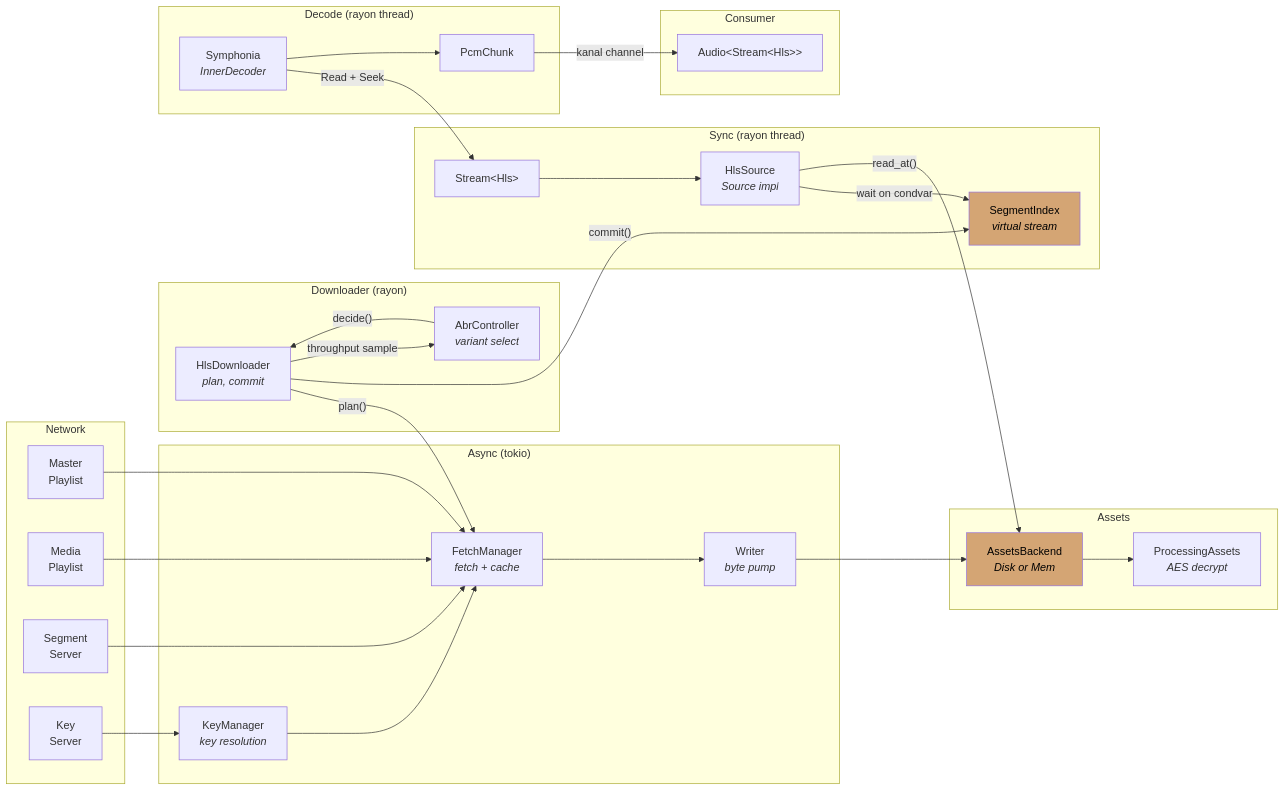
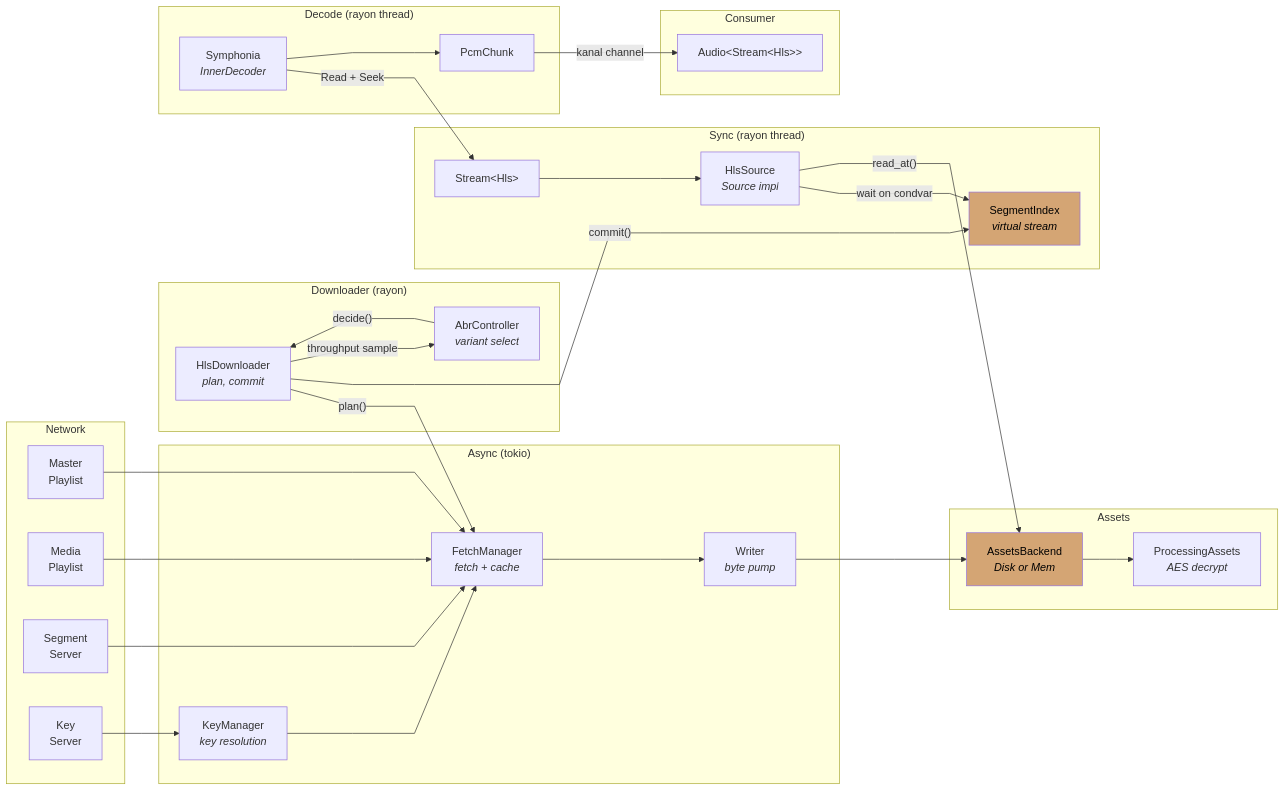
Before and after one commit to zvuk/kithara: the diagram in crates/kithara-hls/README.md, drawn with Mermaid. The commit also changed 3 other files, not shown here.

Commit message:
style: use straight lines in Mermaid flowchart diagrams

````diff
--- a/crates/kithara-hls/README.md
+++ b/crates/kithara-hls/README.md
@@ -21,62 +21,63 @@
 ```mermaid
+%%{init: {"flowchart": {"curve": "linear"}} }%%
 graph LR
     subgraph Network
         MasterPL["Master<br/>Playlist"]
         MediaPL["Media<br/>Playlist"]
         SegSrv["Segment<br/>Server"]
         KeySrv["Key<br/>Server"]
     end
 
     subgraph "Async (tokio)"
         FM["FetchManager<br/><i>fetch + cache</i>"]
         KM["KeyManager<br/><i>key resolution</i>"]
         W["Writer<br/><i>byte pump</i>"]
     end
 
     subgraph "Downloader (rayon)"
         DL["HlsDownloader<br/><i>plan, commit</i>"]
         ABR["AbrController<br/><i>variant select</i>"]
     end
 
     subgraph "Assets"
         AB["AssetsBackend<br/><i>Disk or Mem</i>"]
         Proc["ProcessingAssets<br/><i>AES decrypt</i>"]
     end
 
     subgraph "Sync (rayon thread)"
         HS["HlsSource<br/><i>Source impl</i>"]
         SI["SegmentIndex<br/><i>virtual stream</i>"]
         StreamH["Stream&lt;Hls&gt;"]
     end
 
     subgraph "Decode (rayon thread)"
         Dec["Symphonia<br/><i>InnerDecoder</i>"]
         PCM2["PcmChunk"]
     end
 
     subgraph "Consumer"
         Audio2["Audio&lt;Stream&lt;Hls&gt;&gt;"]
     end
 
     MasterPL --> FM
     MediaPL --> FM
     SegSrv --> FM
     KeySrv --> KM
     KM --> FM
     FM --> W
     W --> AB
     AB --> Proc
     DL -- "plan()" --> FM
     DL -- "commit()" --> SI
     ABR -- "decide()" --> DL
     DL -- "throughput sample" --> ABR
     HS -- "wait on condvar" --> SI
     HS -- "read_at()" --> AB
     StreamH --> HS
     Dec -- "Read + Seek" --> StreamH
     Dec --> PCM2
     PCM2 -- "kanal channel" --> Audio2
 
     style SI fill:#d4a574,color:#000
     style AB fill:#d4a574,color:#000
 ```
````
